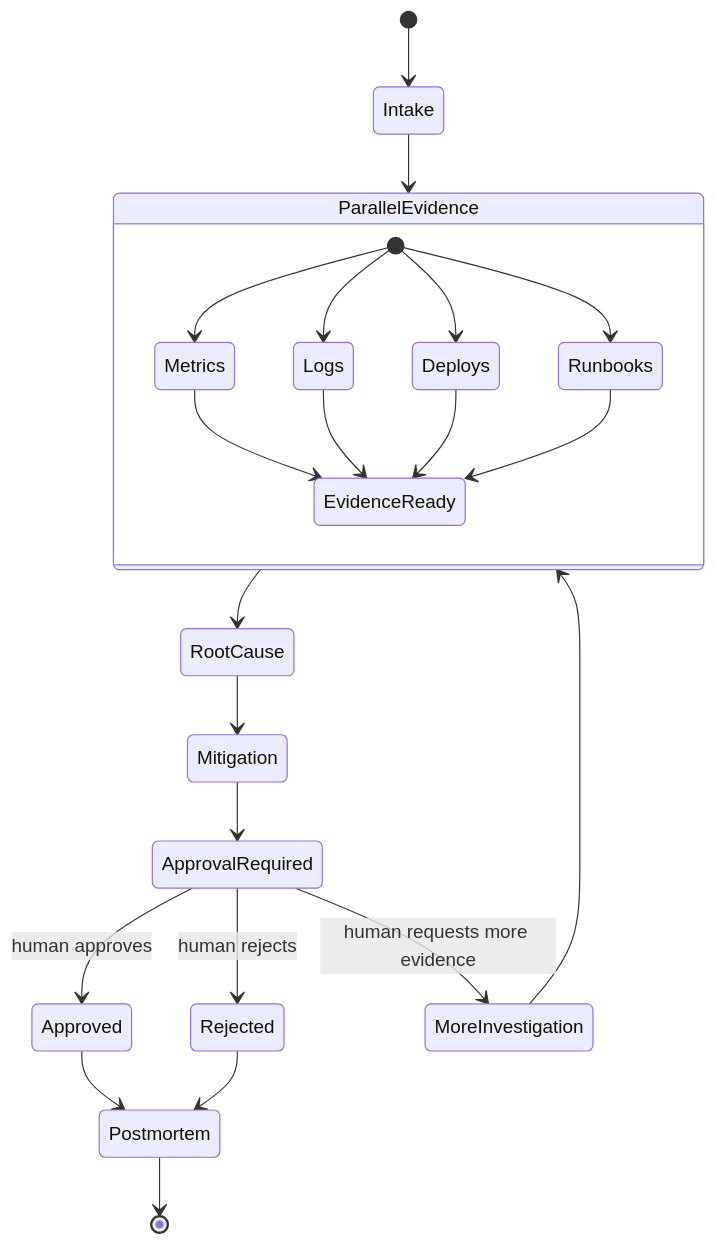
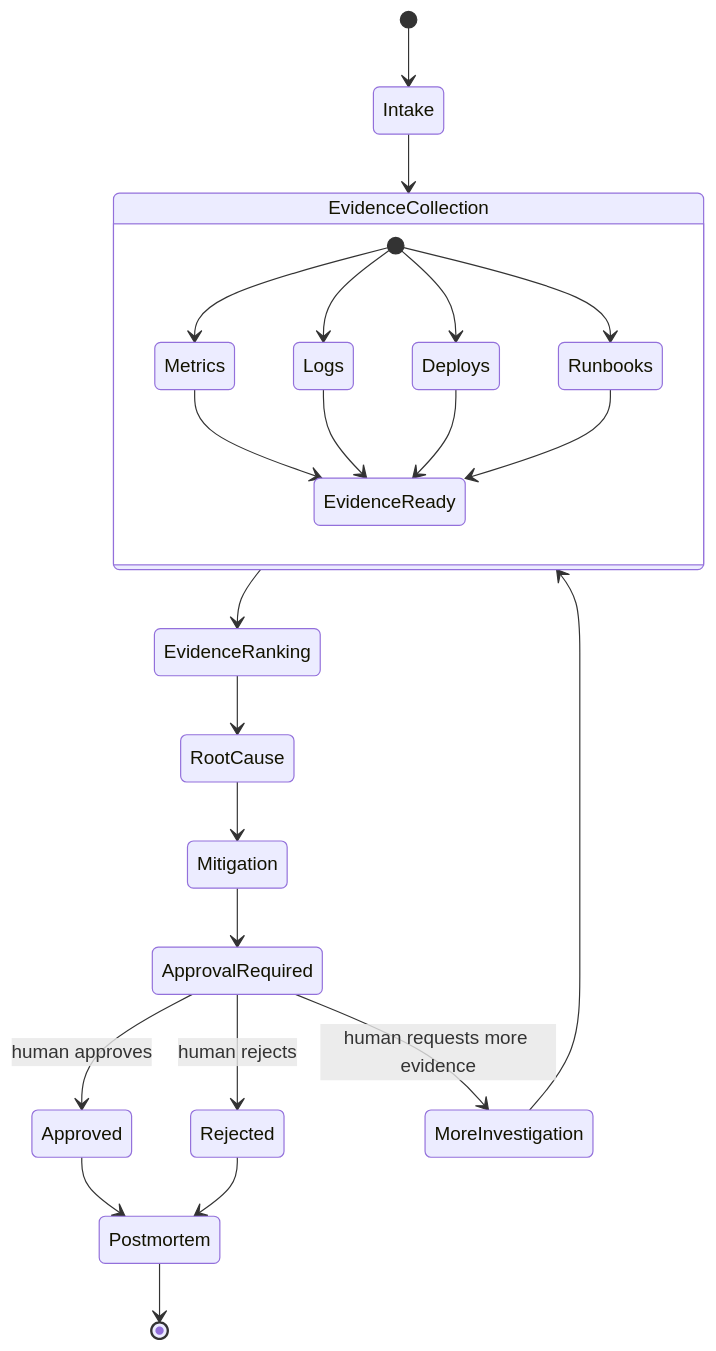
The second of 2 diagrams in docs/system-design-architecture.md (Sonawane07/agentic-ai-incident-commander), drawn with Mermaid before and after one commit. The commit also changed other lines of this file and 10 other files, not shown here.

````diff
--- a/docs/system-design-architecture.md
+++ b/docs/system-design-architecture.md
@@ -172,27 +237,28 @@
 ```mermaid
 stateDiagram-v2
     [*] --> Intake
-    Intake --> ParallelEvidence
+    Intake --> EvidenceCollection
 
-    state ParallelEvidence {
+    state EvidenceCollection {
         [*] --> Metrics
         [*] --> Logs
         [*] --> Deploys
         [*] --> Runbooks
         Metrics --> EvidenceReady
         Logs --> EvidenceReady
         Deploys --> EvidenceReady
         Runbooks --> EvidenceReady
     }
 
-    ParallelEvidence --> RootCause
+    EvidenceCollection --> EvidenceRanking
+    EvidenceRanking --> RootCause
     RootCause --> Mitigation
     Mitigation --> ApprovalRequired
     ApprovalRequired --> Approved: human approves
     ApprovalRequired --> Rejected: human rejects
     ApprovalRequired --> MoreInvestigation: human requests more evidence
-    MoreInvestigation --> ParallelEvidence
+    MoreInvestigation --> EvidenceCollection
     Approved --> Postmortem
     Rejected --> Postmortem
     Postmortem --> [*]
 ```
````
